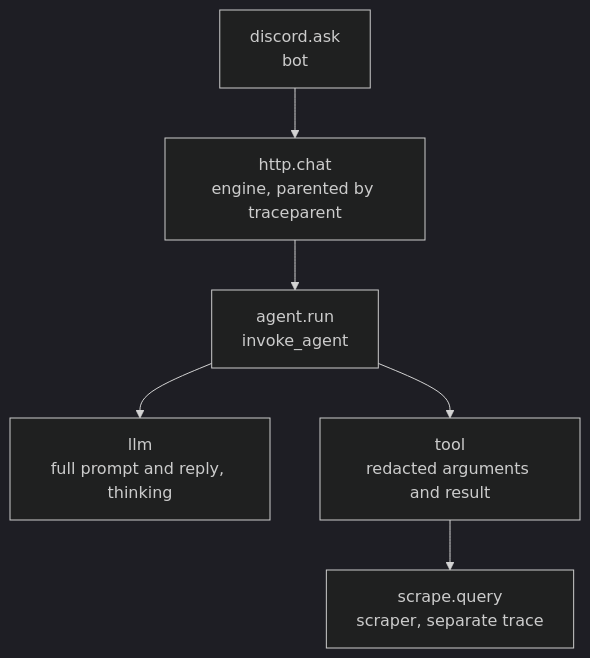
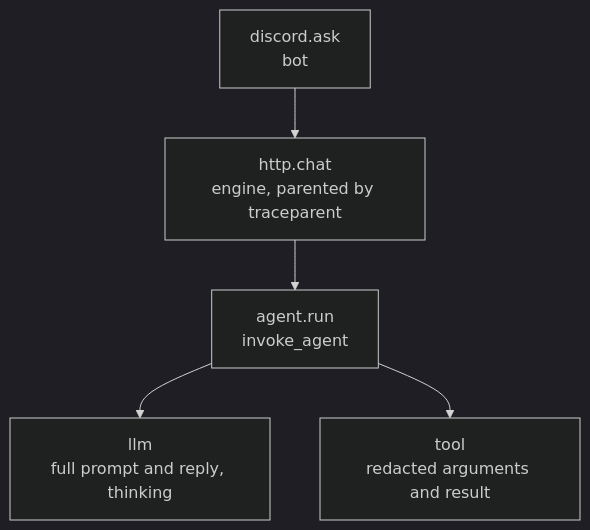
One commit to ashworks1706/SparkyAI changed the seventh of 8 diagrams in docs/ARCHITECTURE.md. Above: the diagram before and after it, drawn with Mermaid (dark theme). The commit also changed other lines of this file and 256 other files, not shown here.

````diff
--- a/docs/ARCHITECTURE.md
+++ b/docs/ARCHITECTURE.md
@@ -761,8 +591,7 @@
 ```mermaid
 flowchart TD
     A["discord.ask<br/>bot"] --> B["http.chat<br/>engine, parented by traceparent"]
     B --> C["agent.run<br/>invoke_agent"]
     C --> E["llm<br/>full prompt and reply, thinking"]
     C --> F["tool<br/>redacted arguments and result"]
-    F --> G["scrape.query<br/>scraper, separate trace"]
 ```
````
